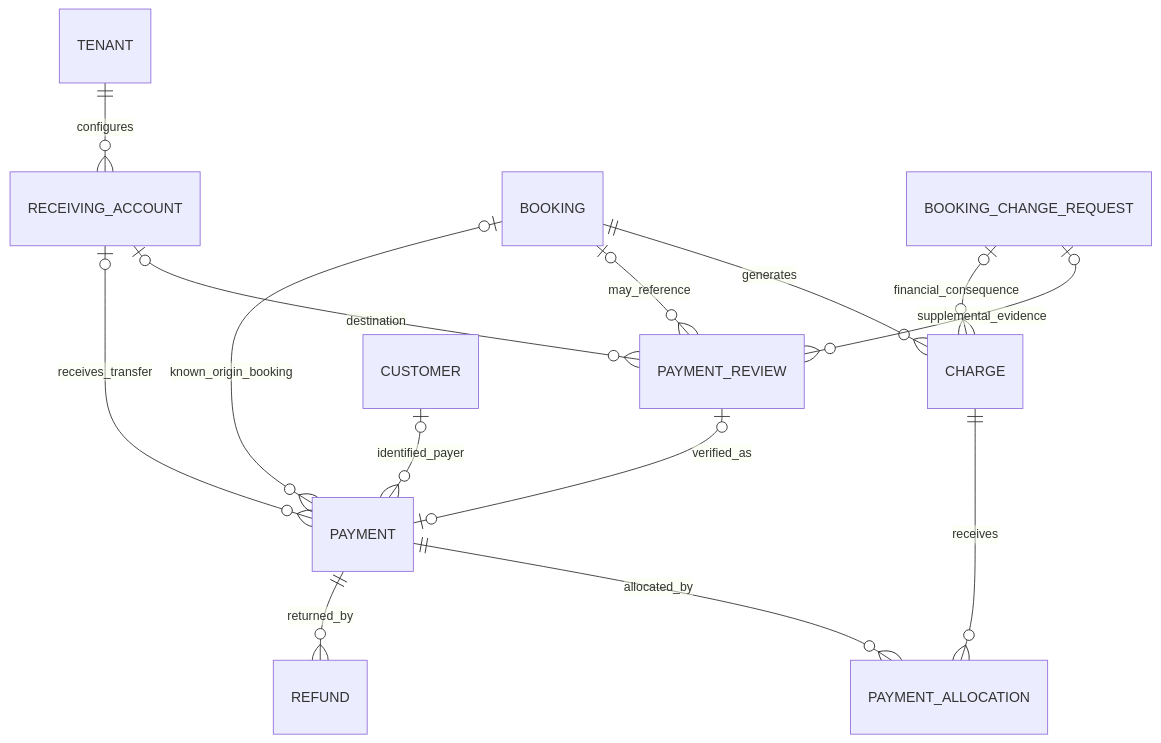
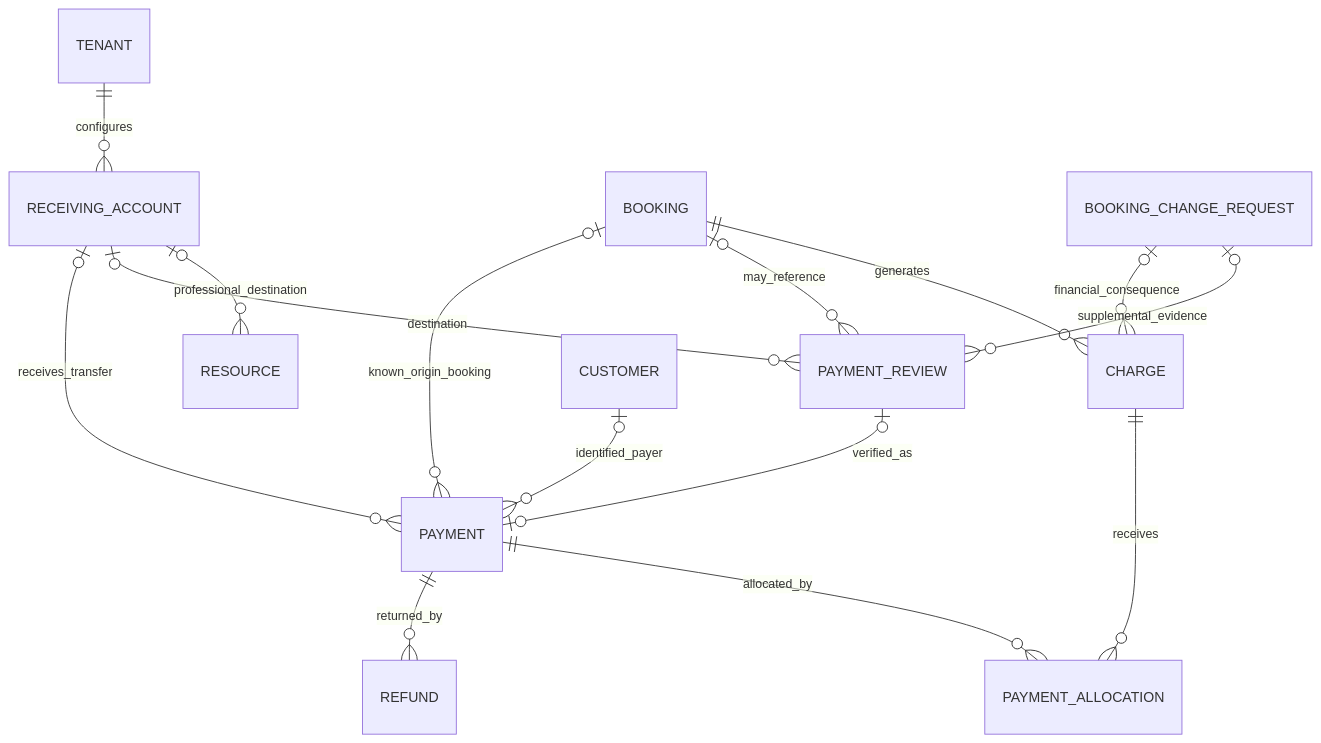
Before and after one commit to nanonoir/Agendoxa: the fifth of 9 diagrams in docs/design-docs/erd.md, drawn with Mermaid. The commit also changed other lines of this file and 11 other files, not shown here.

````diff
--- a/docs/design-docs/erd.md
+++ b/docs/design-docs/erd.md
@@ -155,16 +158,17 @@
 ```mermaid
 erDiagram
   TENANT ||--o{ RECEIVING_ACCOUNT : configures
+  RECEIVING_ACCOUNT o|--o{ RESOURCE : professional_destination
   BOOKING ||--o{ CHARGE : generates
   BOOKING o|--o{ PAYMENT_REVIEW : may_reference
   BOOKING_CHANGE_REQUEST o|--o{ PAYMENT_REVIEW : supplemental_evidence
   BOOKING_CHANGE_REQUEST o|--o{ CHARGE : financial_consequence
   BOOKING o|--o{ PAYMENT : known_origin_booking
   CUSTOMER o|--o{ PAYMENT : identified_payer
   RECEIVING_ACCOUNT o|--o{ PAYMENT_REVIEW : destination
   PAYMENT_REVIEW o|--o| PAYMENT : verified_as
   RECEIVING_ACCOUNT o|--o{ PAYMENT : receives_transfer
   PAYMENT ||--o{ PAYMENT_ALLOCATION : allocated_by
   CHARGE ||--o{ PAYMENT_ALLOCATION : receives
   PAYMENT ||--o{ REFUND : returned_by
 ```
````
